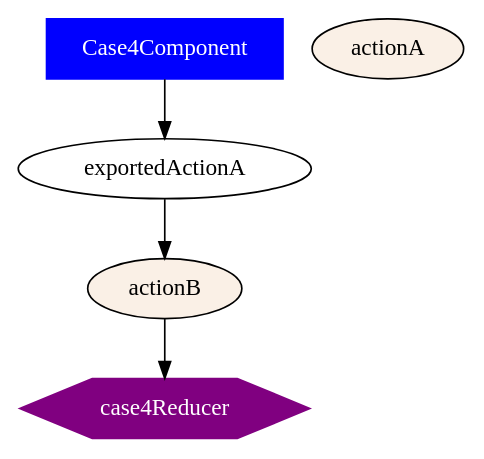
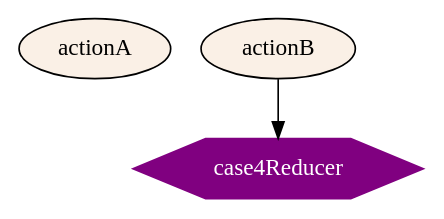
One commit to ammarnajjar/ngrx-graph changed the diagram in docs/examples/case4/out/all.dot. Above: the diagram before and after it, drawn with Graphviz. The commit also changed 37 other files, not shown here.

```diff
--- a/docs/examples/case4/out/all.dot
+++ b/docs/examples/case4/out/all.dot
@@ -1,9 +1,6 @@
 digraph {
-Case4Component [shape="box", color=blue, fillcolor=blue, fontcolor=white, style=filled]
 actionA [fillcolor=linen, style=filled]
 actionB [fillcolor=linen, style=filled]
 case4Reducer [shape="hexagon", color=purple, fillcolor=purple, fontcolor=white, style=filled]
-Case4Component -> exportedActionA
-exportedActionA -> actionB
 actionB -> case4Reducer
 }
```
